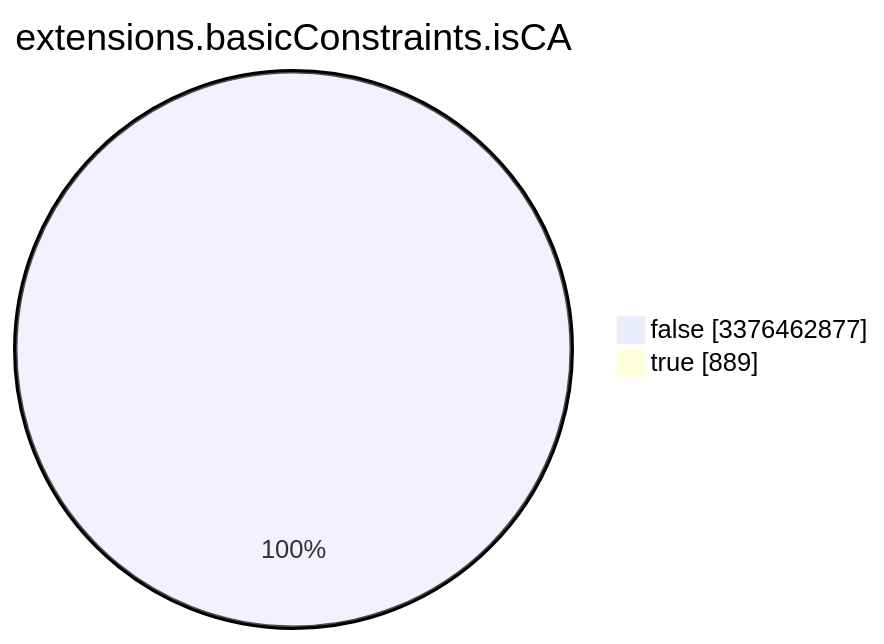
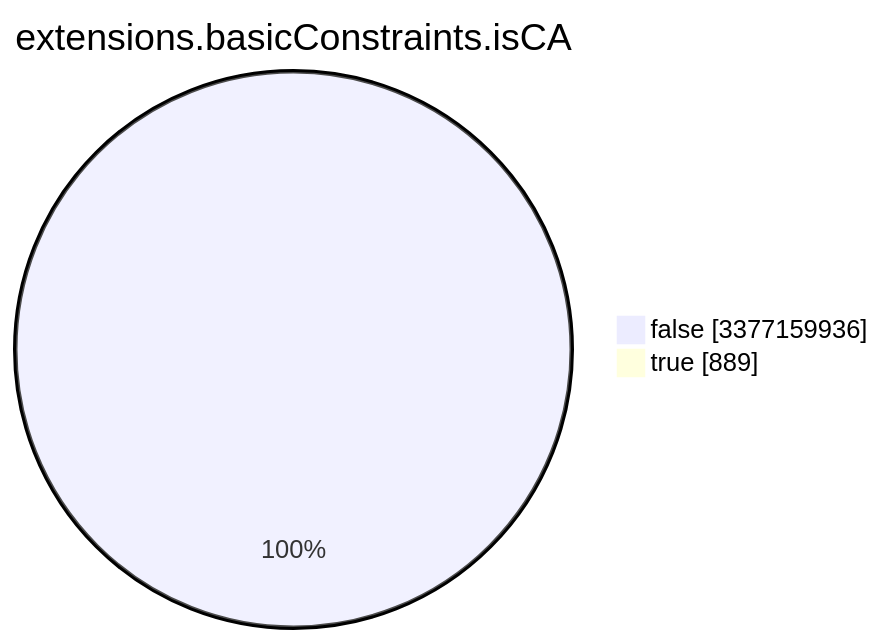
The seventh of 15 diagrams in TOTAL/README.md (christiankrug/ctmonitor_visualization), drawn with Mermaid before and after one commit. The commit also changed other lines of this file, not shown here.

````diff
--- a/TOTAL/README.md
+++ b/TOTAL/README.md
@@ -3090,6 +3090,6 @@
 ```mermaid
 pie showData
 title extensions.basicConstraints.isCA
-"false" :3376462877
+"false" :3377159936
 "true" :889
 ```
````
